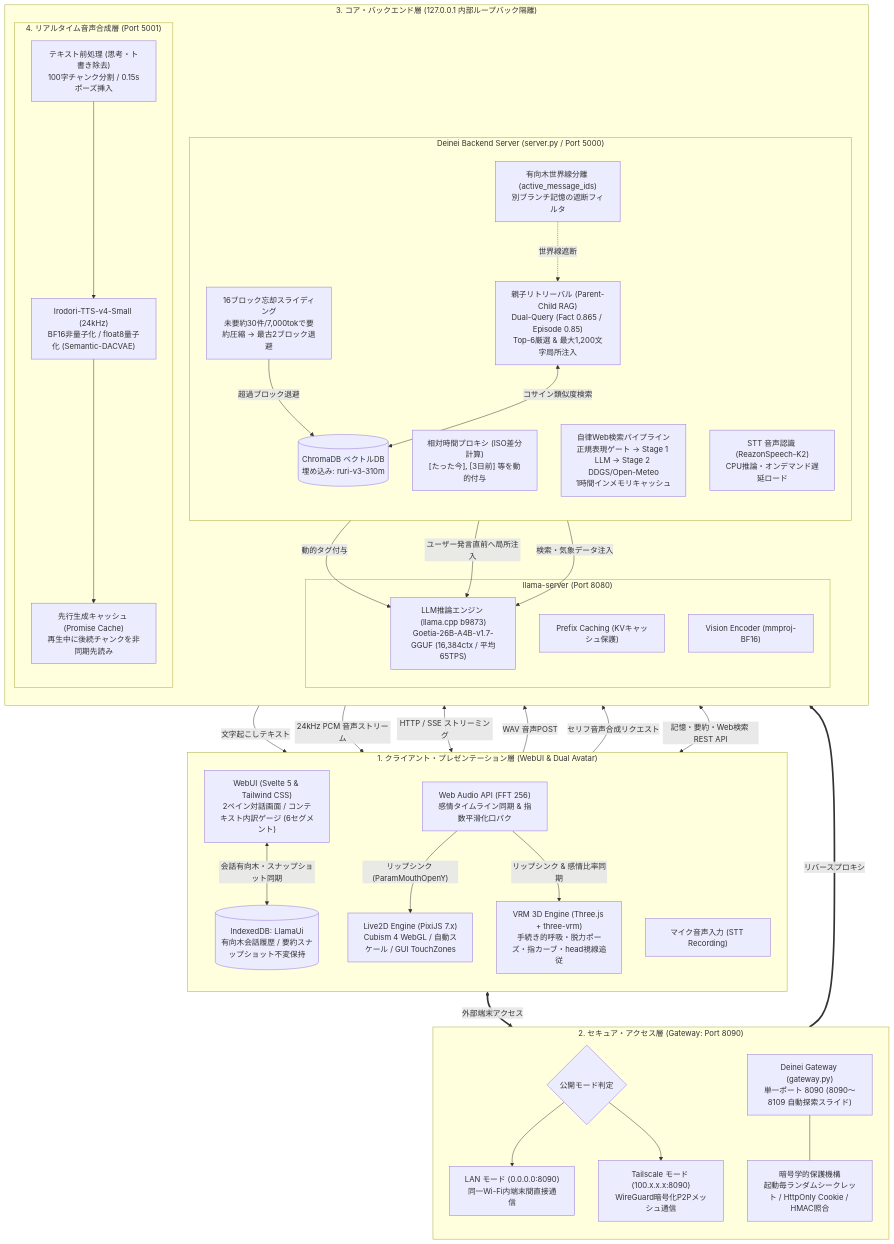
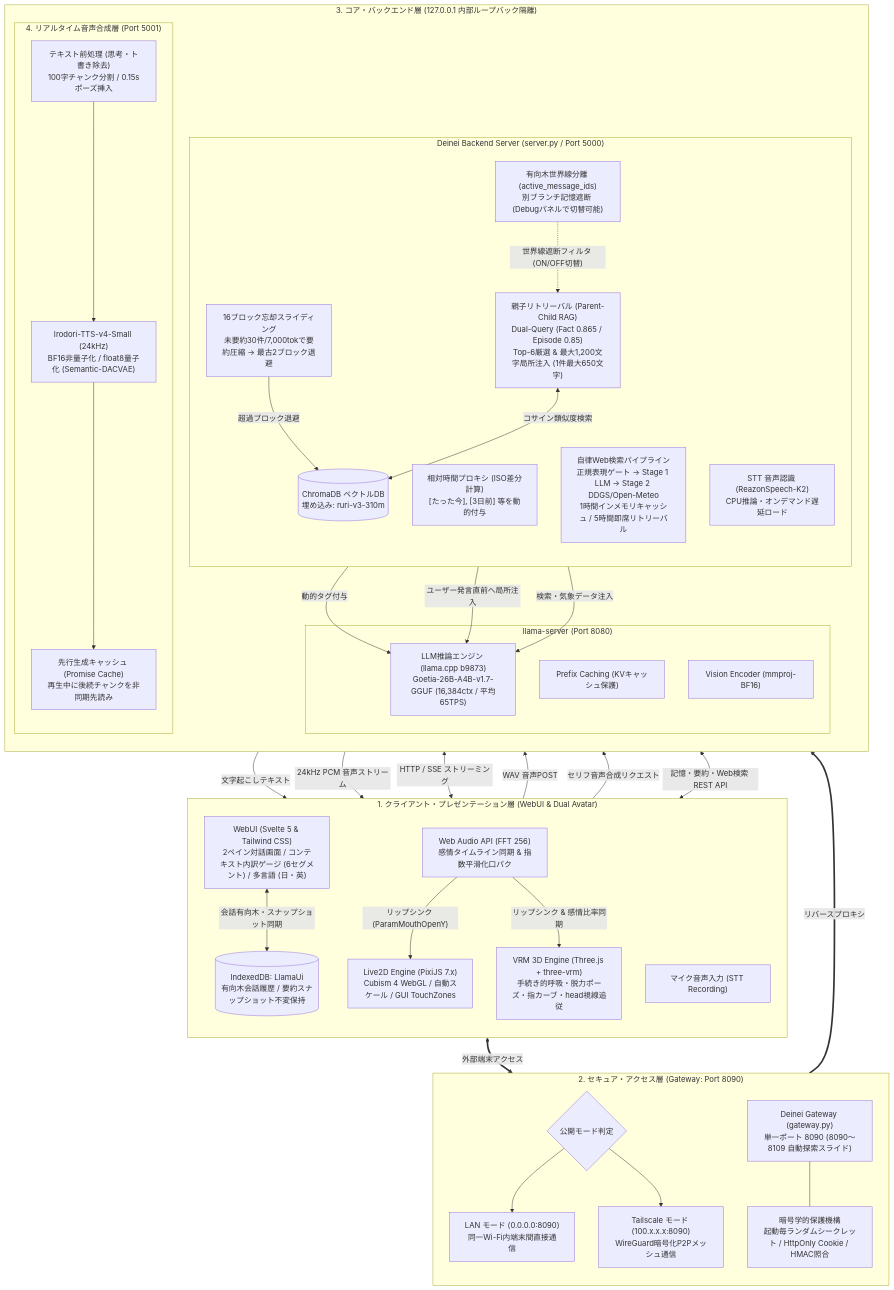
One commit to kakushiarerukea/Deinei changed the diagram in README.md. Above: the diagram before and after it, drawn with Mermaid. The commit also changed other lines of this file and 23 other files, not shown here.

````diff
--- a/README.md
+++ b/README.md
@@ -125,74 +125,74 @@
 ```mermaid
 flowchart TD
     subgraph Client ["1. クライアント・プレゼンテーション層 (WebUI & Dual Avatar)"]
         direction TB
-        BrowserUI["WebUI (Svelte 5 & Tailwind CSS)<br>2ペイン対話画面 / コンテキスト内訳ゲージ (6セグメント)"]
+        BrowserUI["WebUI (Svelte 5 & Tailwind CSS)<br>2ペイン対話画面 / コンテキスト内訳ゲージ (6セグメント) / 多言語 (日・英)"]
         TreeDB[("IndexedDB: LlamaUi<br>有向木会話履歴 / 要約スナップショット不変保持")]
         VRM["VRM 3D Engine (Three.js + three-vrm)<br>手続き的呼吸・脱力ポーズ・指カーブ・head視線追従"]
         Live2D["Live2D Engine (PixiJS 7.x)<br>Cubism 4 WebGL / 自動スケール / GUI TouchZones"]
         WebAudio["Web Audio API (FFT 256)<br>感情タイムライン同期 & 指数平滑化口パク"]
         Microphone["マイク音声入力 (STT Recording)"]
     end
 
     subgraph GatewayLayer ["2. セキュア・アクセス層 (Gateway: Port 8090)"]
         direction TB
         GW["Deinei Gateway (gateway.py)<br>単一ポート 8090 (8090〜8109 自動探索スライド)"]
         Auth["暗号学的保護機構<br>起動毎ランダムシークレット / HttpOnly Cookie / HMAC照合"]
         NetMode{"公開モード判定"}
         LAN["LAN モード (0.0.0.0:8090)<br>同一Wi-Fi内端末間直接通信"]
         Tailscale["Tailscale モード (100.x.x.x:8090)<br>WireGuard暗号化P2Pメッシュ通信"]
     end
 
     subgraph BackendLayer ["3. コア・バックエンド層 (127.0.0.1 内部ループバック隔離)"]
         direction TB
         subgraph LLMServer ["llama-server (Port 8080)"]
             Inference["LLM推論エンジン (llama.cpp b9873)<br>Goetia-26B-A4B-v1.7-GGUF (16,384ctx / 平均65TPS)"]
             KV["Prefix Caching (KVキャッシュ保護)"]
             Vision["Vision Encoder (mmproj-BF16)"]
         end
 
         subgraph DeineiServer ["Deinei Backend Server (server.py / Port 5000)"]
             direction TB
             Slide["16ブロック忘却スライディング<br>未要約30件/7,000tokで要約圧縮 -> 最古2ブロック退避"]
-            ParentChild["親子リトリーバル (Parent-Child RAG)<br>Dual-Query (Fact 0.865 / Episode 0.85)<br>Top-6厳選 & 最大1,200文字局所注入"]
-            Worldline["有向木世界線分離 (active_message_ids)<br>別ブランチ記憶の遮断フィルタ"]
+            ParentChild["親子リトリーバル (Parent-Child RAG)<br>Dual-Query (Fact 0.865 / Episode 0.85)<br>Top-6厳選 & 最大1,200文字局所注入 (1件最大650文字)"]
+            Worldline["有向木世界線分離 (active_message_ids)<br>別ブランチ記憶遮断 (Debugパネルで切替可能)"]
             RelativeTime["相対時間プロキシ (ISO差分計算)<br>[たった今], [3日前] 等を動的付与"]
-            WebSearch["自律Web検索パイプライン<br>正規表現ゲート -> Stage 1 LLM -> Stage 2 DDGS/Open-Meteo<br>1時間インメモリキャッシュ"]
+            WebSearch["自律Web検索パイプライン<br>正規表現ゲート -> Stage 1 LLM -> Stage 2 DDGS/Open-Meteo<br>1時間インメモリキャッシュ / 5時間即席リトリーバル"]
             STTEngine["STT 音声認識 (ReazonSpeech-K2)<br>CPU推論・オンデマンド遅延ロード"]
             ChromaDB[("ChromaDB ベクトルDB<br>埋め込み: ruri-v3-310m")]
         end
 
         subgraph TTSServer ["4. リアルタイム音声合成層 (Port 5001)"]
             TTSCore["Irodori-TTS-v4-Small (24kHz)<br>BF16非量子化 / float8量子化 (Semantic-DACVAE)"]
             TTSPipeline["テキスト前処理 (思考・ト書き除去)<br>100字チャンク分割 / 0.15sポーズ挿入"]
             TTSCache["先行生成キャッシュ (Promise Cache)<br>再生中に後続チャンクを非同期先読み"]
         end
     end
 
     %% データフロー接続
     Client <== "外部端末アクセス" ==> GatewayLayer
     NetMode --> LAN
     NetMode --> Tailscale
     GW --- Auth
     GW ==>|"リバースプロキシ"| BackendLayer
 
     BrowserUI <-->|"HTTP / SSE ストリーミング"| Inference
     BrowserUI <-->|"会話有向木・スナップショット同期"| TreeDB
     BrowserUI <-->|"記憶・要約・Web検索 REST API"| DeineiServer
     Microphone -->|"WAV 音声POST"| STTEngine
     STTEngine -->|"文字起こしテキスト"| BrowserUI
 
     Slide -->|"超過ブロック退避"| ChromaDB
     ParentChild <-->|"コサイン類似度検索"| ChromaDB
-    Worldline -. "世界線遮断" .-> ParentChild
+    Worldline -. "世界線遮断フィルタ (ON/OFF切替)" .-> ParentChild
     RelativeTime -->|"動的タグ付与"| Inference
     ParentChild -->|"ユーザー発言直前へ局所注入"| Inference
     WebSearch -->|"検索・気象データ注入"| Inference
 
     BrowserUI -->|"セリフ音声合成リクエスト"| TTSPipeline
     TTSPipeline --> TTSCore
     TTSCore --> TTSCache
     TTSCache -->|"24kHz PCM 音声ストリーム"| WebAudio
     WebAudio -->|"リップシンク (ParamMouthOpenY)"| Live2D
     WebAudio -->|"リップシンク & 感情比率同期"| VRM
 ```
````
